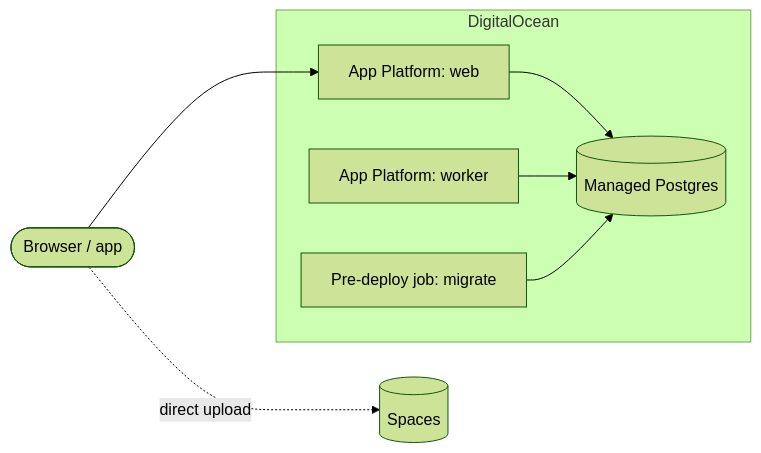
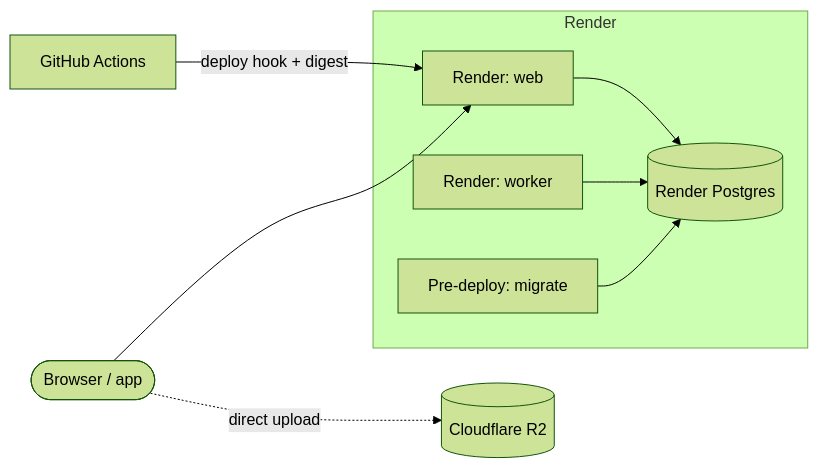
Before and after one commit to hinoahlee/launchpad: the second of 3 diagrams in docs/roadmap/README.md, drawn with Mermaid (forest theme). The commit also changed other lines of this file and 19 other files, not shown here.

Commit message:
docs: Render paid as the main target, images from GHCR, deploys from GitHub (decision 004)

````diff
--- a/docs/roadmap/README.md
+++ b/docs/roadmap/README.md
@@ -69,10 +69,11 @@
 ```mermaid
 flowchart LR
-  user(["Browser / app"]) --> app["App Platform: web"]
-  subgraph do["DigitalOcean"]
-    app --> db[("Managed Postgres")]
-    worker["App Platform: worker"] --> db
-    job["Pre-deploy job: migrate"] --> db
+  gh["GitHub Actions"] -- "deploy hook + digest" --> web
+  user(["Browser / app"]) --> web["Render: web"]
+  subgraph render["Render"]
+    web --> db[("Render Postgres")]
+    worker["Render: worker"] --> db
+    pre["Pre-deploy: migrate"] --> db
   end
-  user -. "direct upload" .-> spaces[("Spaces")]
+  user -. "direct upload" .-> r2[("Cloudflare R2")]
 ```
````
